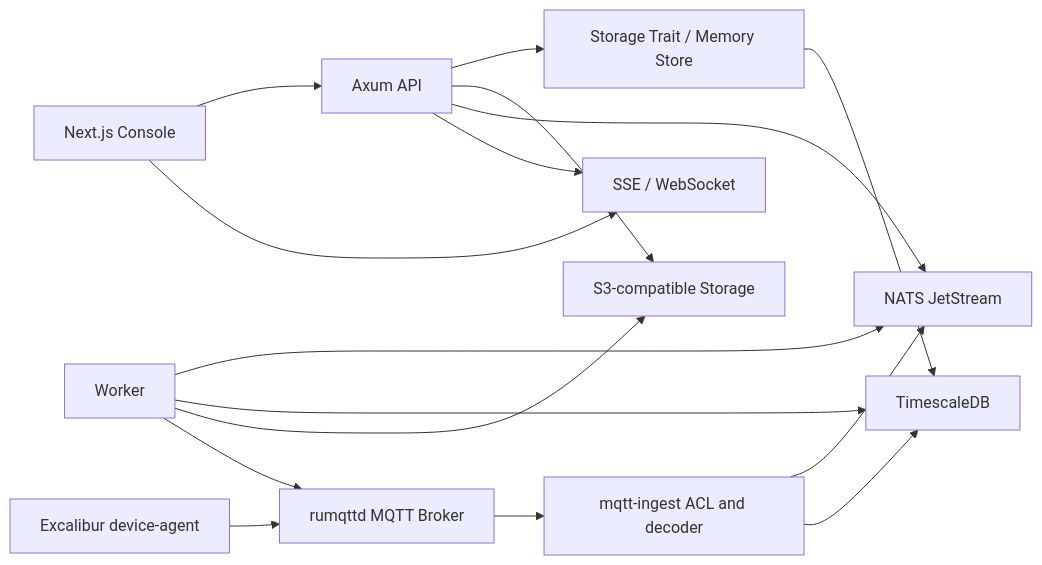
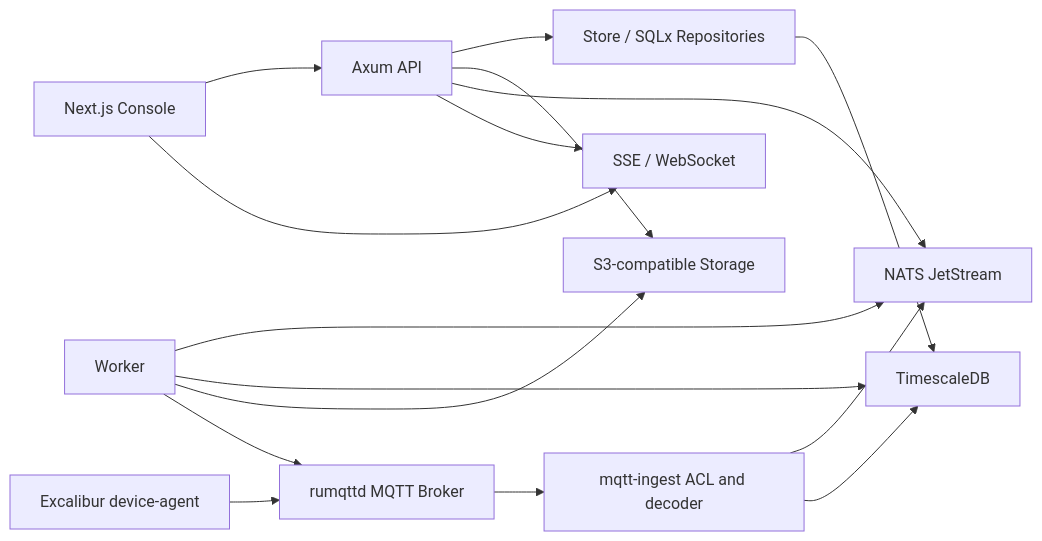
One commit to zhubby/excalibur changed the diagram in docs/src/architecture.md. Above: the diagram before and after it, drawn with Mermaid. The commit also changed other lines of this file and 46 other files, not shown here.

````diff
--- a/docs/src/architecture.md
+++ b/docs/src/architecture.md
@@ -7,18 +7,18 @@
 ```mermaid
 flowchart LR
   Console["Next.js Console"] --> API["Axum API"]
-  API --> Store["Storage Trait / Memory Store"]
+  API --> Store["Store / SQLx Repositories"]
   Store --> Timescale["TimescaleDB"]
   API --> ObjectStore["S3-compatible Storage"]
   API --> NATS["NATS JetStream"]
   Worker["Worker"] --> NATS
   Worker --> Timescale
   Worker --> ObjectStore
   Agent["Excalibur device-agent"] --> MQTT["rumqttd MQTT Broker"]
   MQTT --> Ingest["mqtt-ingest ACL and decoder"]
   Ingest --> NATS
   Ingest --> Timescale
   Worker --> MQTT
   Console --> SSE["SSE / WebSocket"]
   API --> SSE
 ```
````
